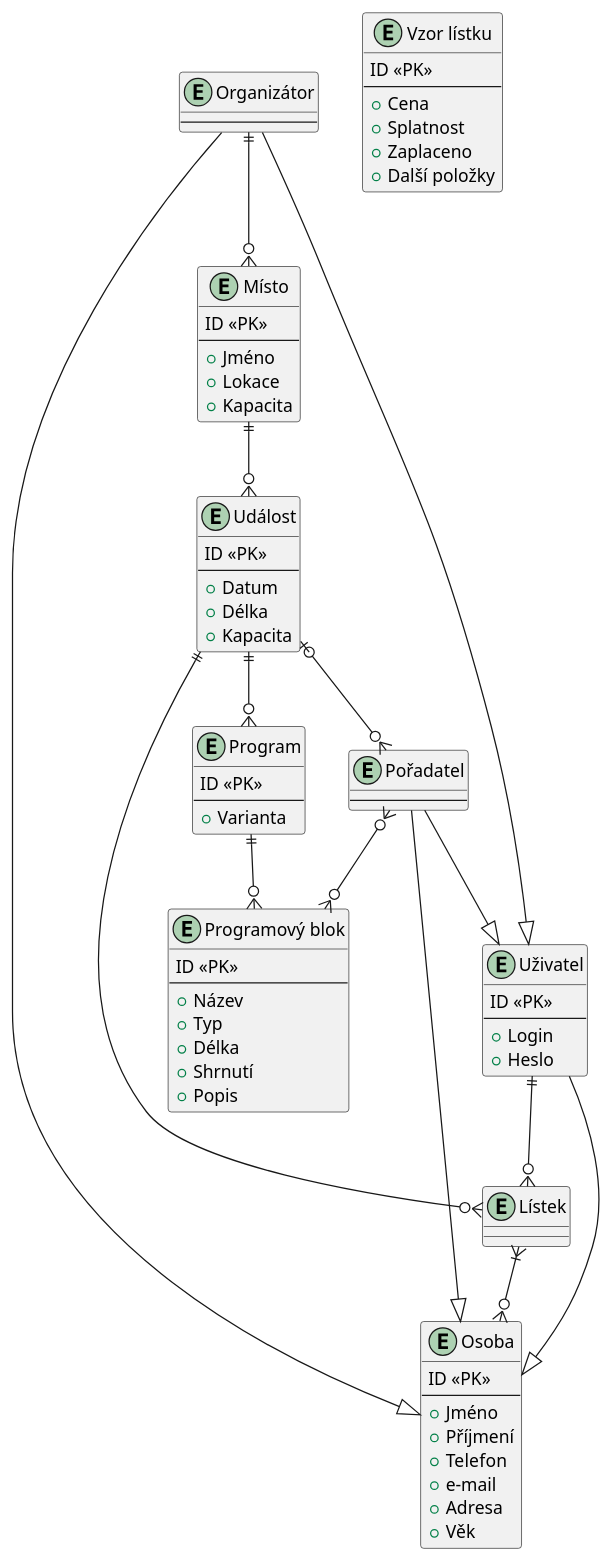
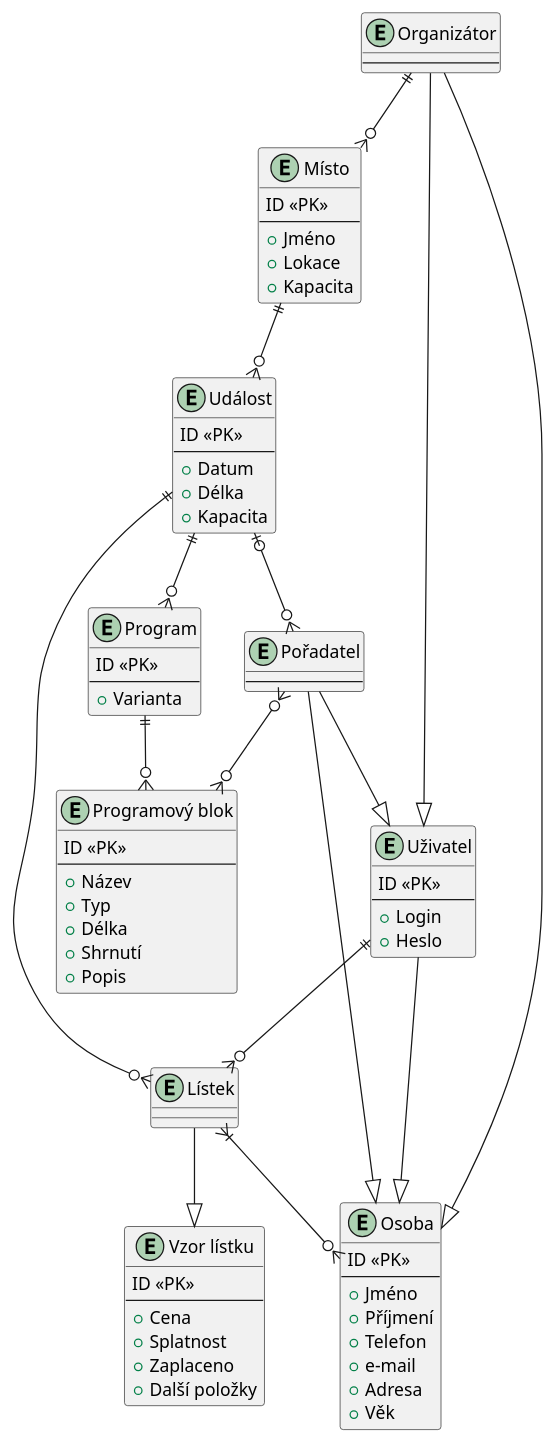
One commit to stahlgit/fit_iis_project changed the diagram in docs/er.puml. Above: the diagram before and after it, drawn with PlantUML. The commit also changed 2 other files, not shown here.

```diff
--- a/docs/er.puml
+++ b/docs/er.puml
@@ -1,91 +1,92 @@
 @startuml erd
 
 entity "Osoba" as osoba {
 	ID <<PK>>
 	---
 	+ Jméno
 	+ Příjmení
 	+ Telefon
 	+ e-mail
 	+ Adresa
 	+ Věk
 }
 
 entity "Organizátor" as org{
 	---
 }
 
 entity "Pořadatel" as poradatel {
 	---
 }
 
 entity "Uživatel" as uzivatel {
 	ID <<PK>>
 	---
 	+ Login
 	+ Heslo
 }
 
 entity "Místo" as misto {
 	ID <<PK>>
 	---
 	+ Jméno
 	+ Lokace
 	+ Kapacita
 }
 
 entity "Událost" as udalost {
 	ID <<PK>>
 	---
 	+ Datum
 	+ Délka
 	+ Kapacita
 }
 
 entity "Program" as prog {
 	ID <<PK>>
 	---
 	+ Varianta
 }
 
 entity "Programový blok" as progblok {
 	ID <<PK>>
 	---
 	+ Název
 	+ Typ
 	+ Délka
 	+ Shrnutí
 	+ Popis
 }
 
 entity "Lístek" as listek {
 }
 
-entity "Vzor lístku" {
+entity "Vzor lístku" as vzorlistku {
 	ID <<PK>>
 	---
 	+ Cena
 	+ Splatnost
 	+ Zaplaceno
 	+ Další položky
 }
 
 org ||--o{ misto
 misto ||--o{ udalost
 udalost ||--o{ prog
 prog ||--o{ progblok
 uzivatel ||--o{ listek
 udalost ||--o{ listek
 udalost |o--o{ poradatel
 
 listek }|--o{ osoba
 poradatel }o--o{ progblok
 
 ' generalizace
 org --|> uzivatel
 poradatel --|> uzivatel
 org --|> osoba
 poradatel --|> osoba
 uzivatel --|> osoba
+listek --|> vzorlistku
 
 @enduml
```
